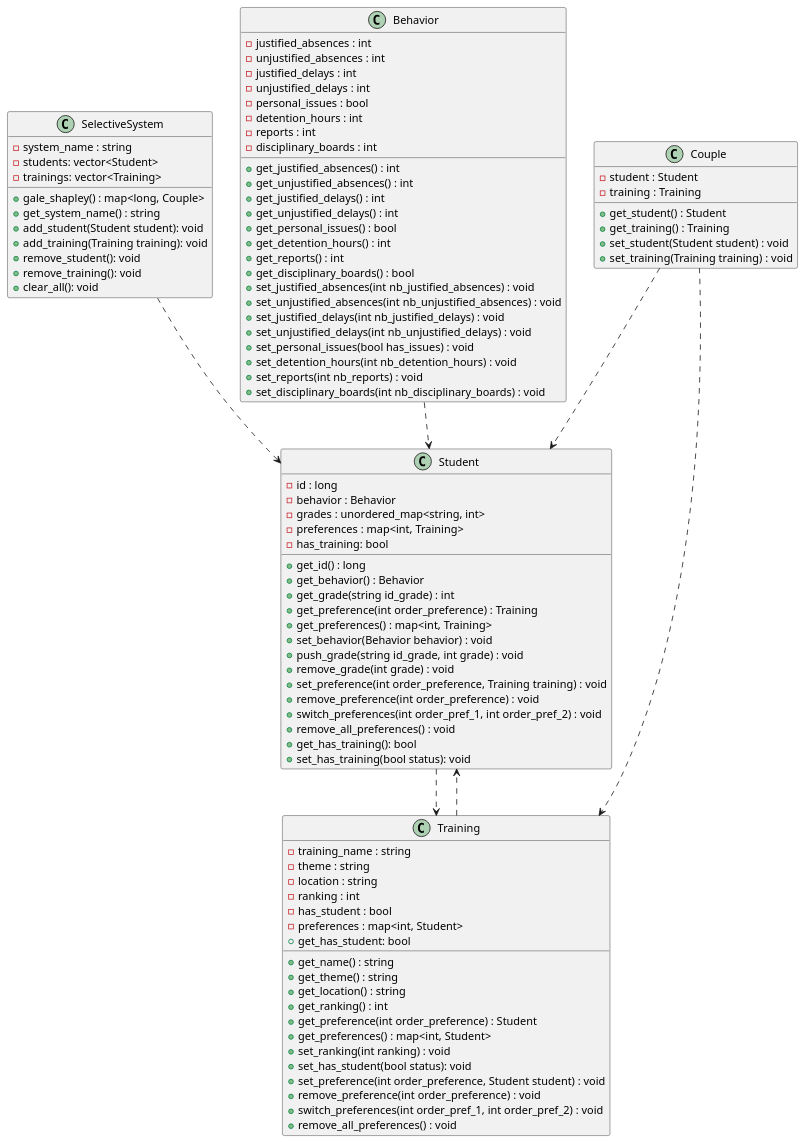
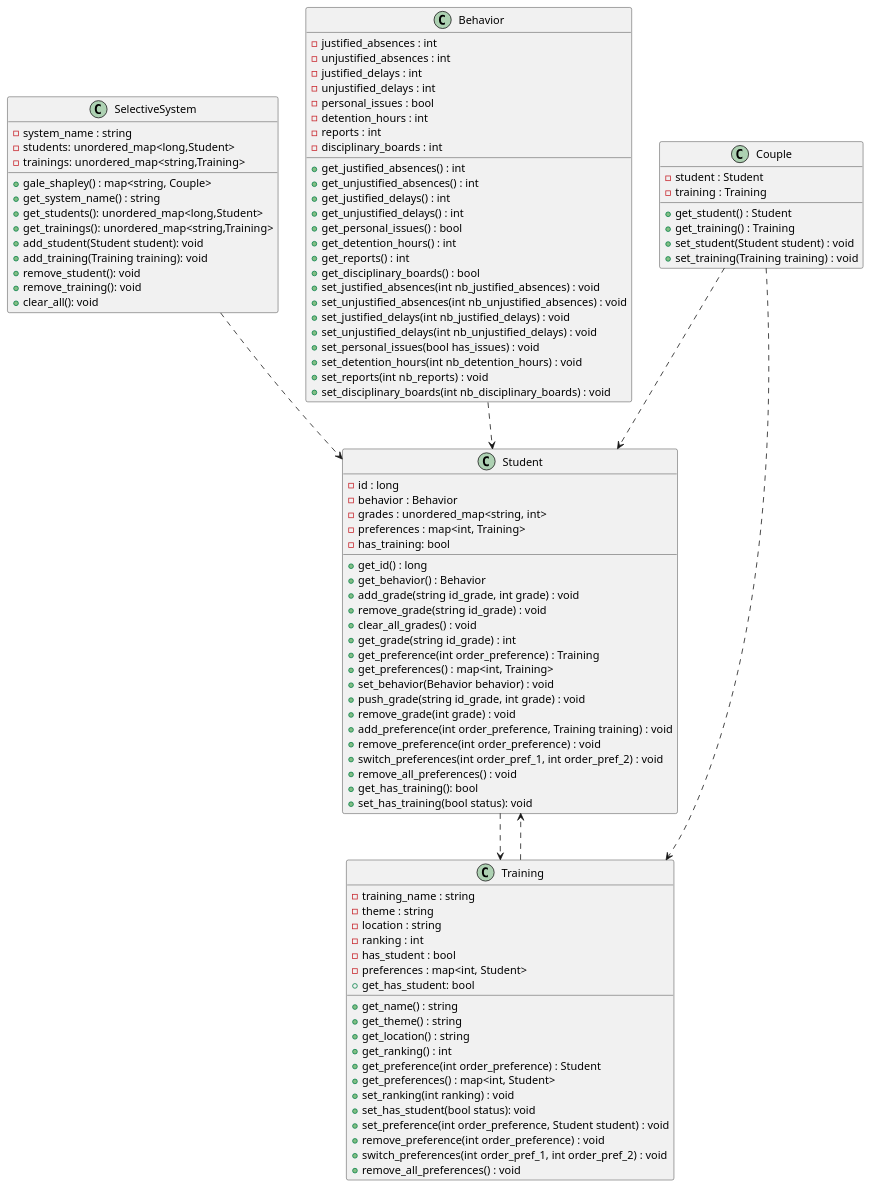
Before and after one commit to Padrese/selection_sys: the diagram in uml/diagram.plantuml, drawn with PlantUML. The commit also changed 7 other files, not shown here.

```diff
--- a/uml/diagram.plantuml
+++ b/uml/diagram.plantuml
@@ -1,106 +1,111 @@
 @startuml diagram
 
 SelectiveSystem ..> Student
 Behavior ..> Student
 Training ..> Student
 Student ..> Training
 Couple ..> Student
 Couple ..> Training
 
 
 class Student {
     -id : long
     -behavior : Behavior
     -grades : unordered_map<string, int>
     -preferences : map<int, Training> 
     -has_training: bool
     +get_id() : long
     +get_behavior() : Behavior
+    +add_grade(string id_grade, int grade) : void
+    +remove_grade(string id_grade) : void
+    +clear_all_grades() : void
     +get_grade(string id_grade) : int
     +get_preference(int order_preference) : Training
     +get_preferences() : map<int, Training> 
     +set_behavior(Behavior behavior) : void
     +push_grade(string id_grade, int grade) : void
     +remove_grade(int grade) : void
-    +set_preference(int order_preference, Training training) : void
+    +add_preference(int order_preference, Training training) : void
     +remove_preference(int order_preference) : void
     +switch_preferences(int order_pref_1, int order_pref_2) : void
     +remove_all_preferences() : void
     +get_has_training(): bool
     +set_has_training(bool status): void
 }
 
 class SelectiveSystem {
     -system_name : string
-    -students: vector<Student>
-    -trainings: vector<Training>
-    + gale_shapley() : map<long, Couple> 
+    -students: unordered_map<long,Student>
+    -trainings: unordered_map<string,Training>
+    + gale_shapley() : map<string, Couple> 
     + get_system_name() : string
+    + get_students(): unordered_map<long,Student>
+    + get_trainings(): unordered_map<string,Training>
     + add_student(Student student): void
     + add_training(Training training): void
     + remove_student(): void
     + remove_training(): void
     + clear_all(): void
 }
 
 class Training {
     - training_name : string
     - theme : string
     - location : string
     - ranking : int
     - has_student : bool
     - preferences : map<int, Student> 
     + get_name() : string
     + get_theme() : string
     + get_location() : string
     + get_ranking() : int
     + get_has_student: bool
     + get_preference(int order_preference) : Student
     + get_preferences() : map<int, Student> 
     + set_ranking(int ranking) : void
     + set_has_student(bool status): void
     + set_preference(int order_preference, Student student) : void
     + remove_preference(int order_preference) : void
     + switch_preferences(int order_pref_1, int order_pref_2) : void
     + remove_all_preferences() : void
 }
 
 
 class Behavior {
     -justified_absences : int
     -unjustified_absences : int
     -justified_delays : int
     -unjustified_delays : int
     -personal_issues : bool
     -detention_hours : int
     -reports : int
     -disciplinary_boards : int
     +get_justified_absences() : int
     +get_unjustified_absences() : int
     +get_justified_delays() : int
     +get_unjustified_delays() : int
     +get_personal_issues() : bool
     +get_detention_hours() : int
     +get_reports() : int
     +get_disciplinary_boards() : bool
     +set_justified_absences(int nb_justified_absences) : void
     +set_unjustified_absences(int nb_unjustified_absences) : void
     +set_justified_delays(int nb_justified_delays) : void
     +set_unjustified_delays(int nb_unjustified_delays) : void
     +set_personal_issues(bool has_issues) : void
     +set_detention_hours(int nb_detention_hours) : void
     +set_reports(int nb_reports) : void
     +set_disciplinary_boards(int nb_disciplinary_boards) : void
 }
 
 class Couple {
     -student : Student
     -training : Training
     + get_student() : Student
     + get_training() : Training
     + set_student(Student student) : void
     + set_training(Training training) : void
 }
 
 
 @enduml
```
